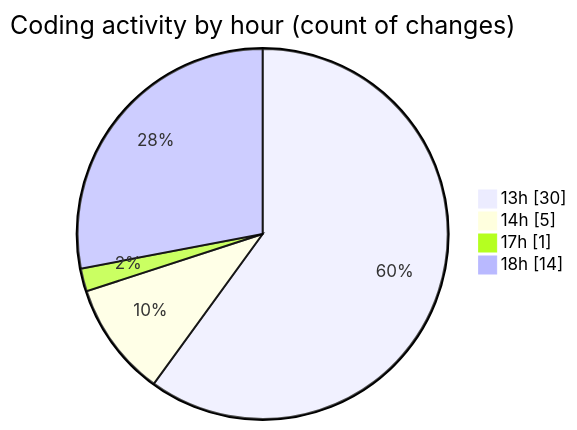
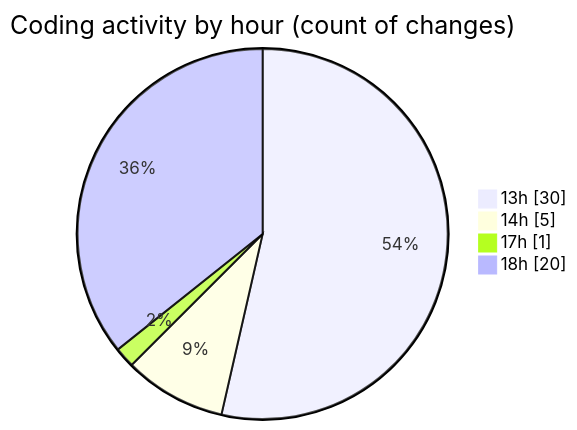
Before and after one commit to robertbonfada/code-tracking: the second of 2 diagrams in 2025-01-14/mbc-web/README.md, drawn with Mermaid. The commit also changed other lines of this file and 1 other file, not shown here.

````diff
--- a/2025-01-14/mbc-web/README.md
+++ b/2025-01-14/mbc-web/README.md
@@ -47,8 +49,8 @@
 ```mermaid
 pie showData
 title Coding activity by hour (count of changes)
 "13h" : 30
 "14h" : 5
 "17h" : 1
-"18h" : 14
+"18h" : 20
 ```
````
